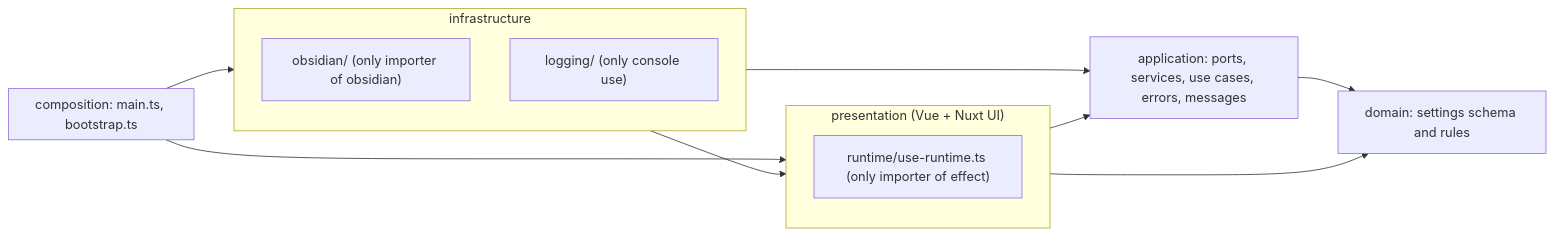
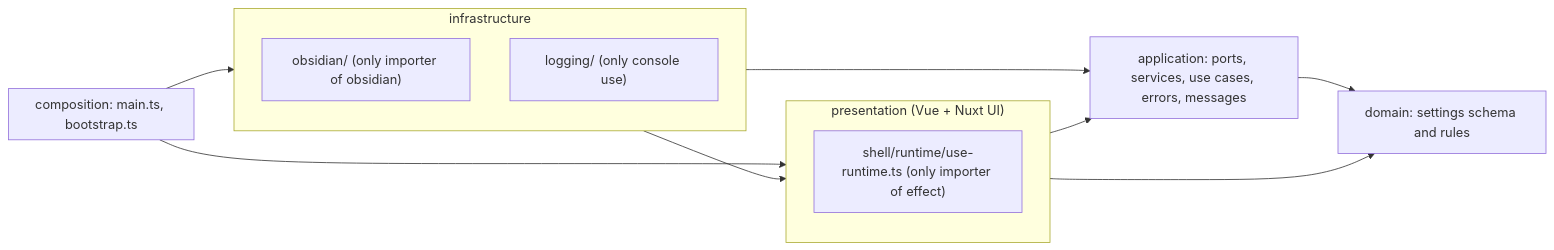
The first of 2 diagrams in docs/engineering/architecture.md (Luis85/weg-manager), drawn with Mermaid before and after one commit. The commit also changed other lines of this file and 160 other files, not shown here.

````diff
--- a/docs/engineering/architecture.md
+++ b/docs/engineering/architecture.md
@@ -5,22 +5,22 @@
 ```mermaid
 flowchart LR
   subgraph composition["composition: main.ts, bootstrap.ts"]
   end
   subgraph infra["infrastructure"]
     obs["obsidian/ (only importer of obsidian)"]
     logging["logging/ (only console use)"]
   end
   subgraph pres["presentation (Vue + Nuxt UI)"]
-    rt["runtime/use-runtime.ts (only importer of effect)"]
+    rt["shell/runtime/use-runtime.ts (only importer of effect)"]
   end
   app["application: ports, services, use cases, errors, messages"]
   dom["domain: settings schema and rules"]
 
   composition --> infra
   composition --> pres
   infra --> pres
   infra --> app
   pres --> app
   app --> dom
   pres --> dom
 ```
````
